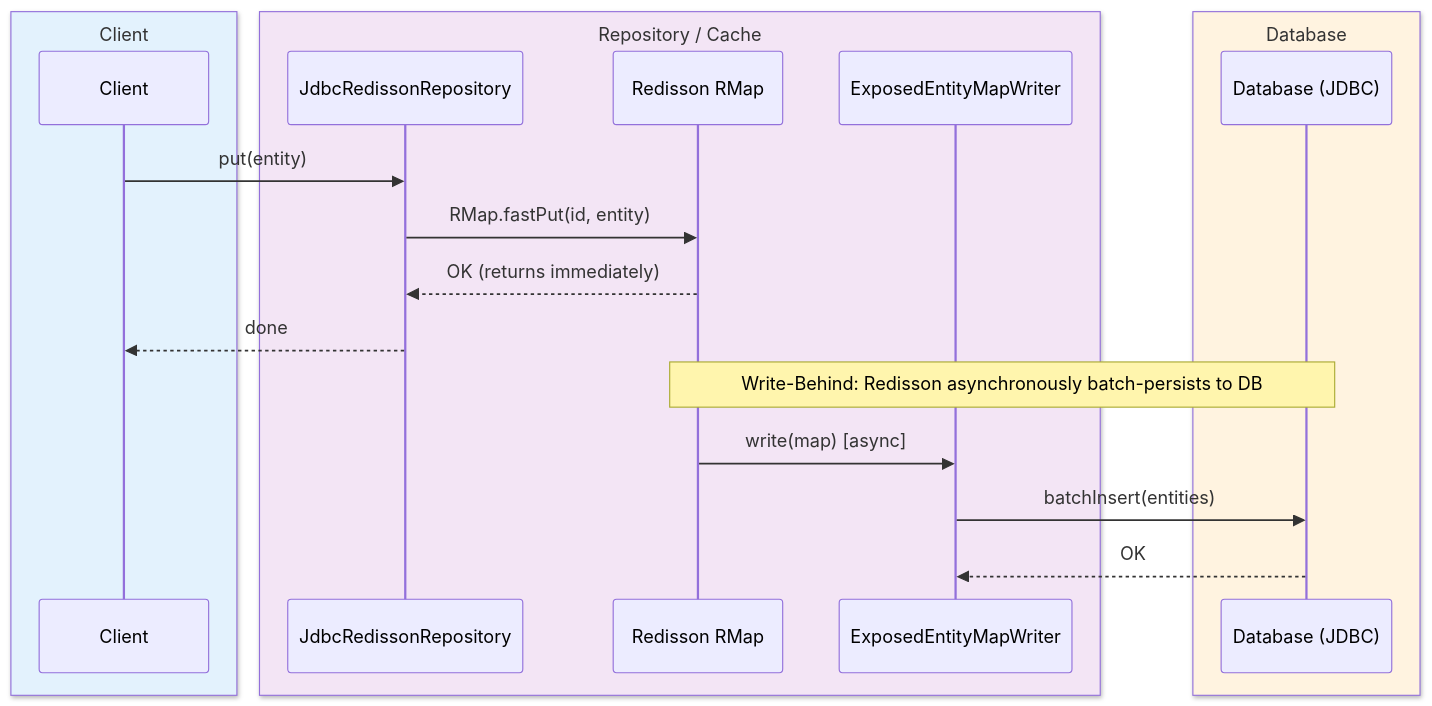
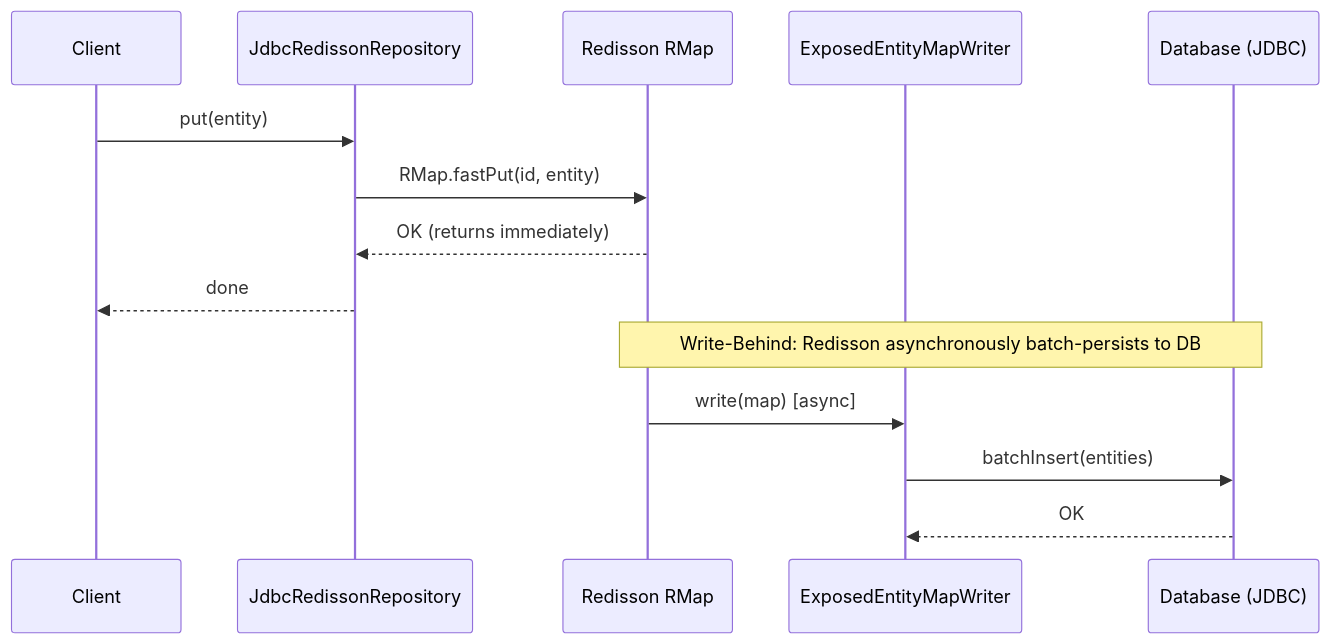
The fourth of 7 diagrams in data/exposed-jdbc-redisson/README.md (bluetape4k/bluetape4k-projects), drawn with Mermaid before and after one commit. The commit also changed other lines of this file and 219 other files, not shown here.

First line of the commit message:
docs: 전체 README Mermaid 다이어그램 가이드 적용

````diff
--- a/data/exposed-jdbc-redisson/README.md
+++ b/data/exposed-jdbc-redisson/README.md
@@ -481,24 +469,18 @@
 ```mermaid
 sequenceDiagram
-    box rgb(227, 242, 253) Client
         participant Client as Client
-    end
-    box rgb(243, 229, 245) Repository / Cache
         participant Repo as JdbcRedissonRepository
         participant RMap as Redisson RMap
         participant Writer as ExposedEntityMapWriter
-    end
-    box rgb(255, 243, 224) Database
         participant DB as Database (JDBC)
-    end
 
     Client->>Repo: put(entity)
     Repo->>RMap: RMap.fastPut(id, entity)
     RMap-->>Repo: OK (returns immediately)
     Repo-->>Client: done
 
     Note over RMap,DB: Write-Behind: Redisson asynchronously batch-persists to DB
     RMap->>Writer: write(map) [async]
     Writer->>DB: batchInsert(entities)
     DB-->>Writer: OK
 ```
````
